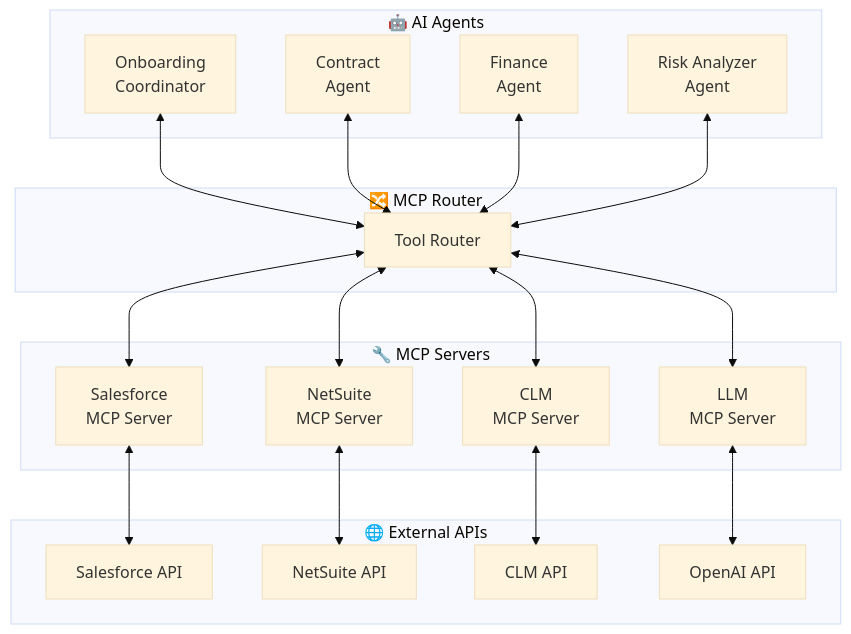
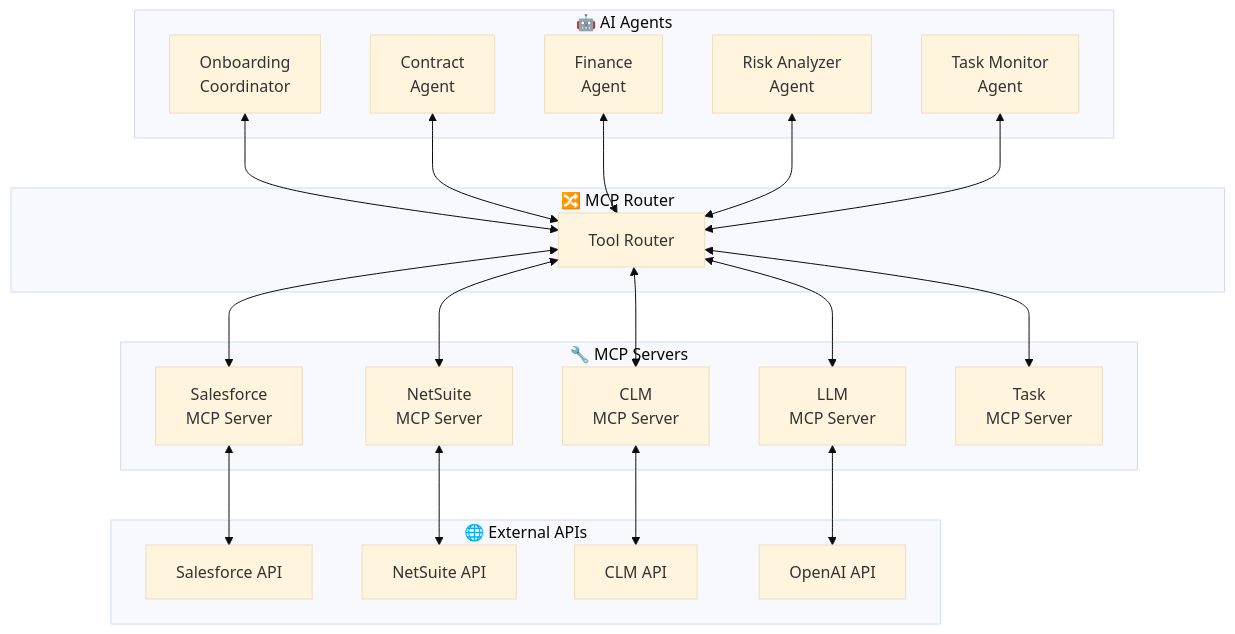
Diagram 15 of 17 in docs/SOLUTION_DESIGN.md (alyab16/Enterprise-Agents-Solutions-Case-Study), drawn with Mermaid (base theme) before and after one commit. The commit also changed other lines of this file and 2 other files, not shown here.

````diff
--- a/docs/SOLUTION_DESIGN.md
+++ b/docs/SOLUTION_DESIGN.md
@@ -447,42 +633,46 @@
 ```mermaid
 flowchart TB
     subgraph Agents["🤖 AI Agents"]
         ONBOARD[Onboarding<br/>Coordinator]
         CONTRACT[Contract<br/>Agent]
         FINANCE[Finance<br/>Agent]
         RISK[Risk Analyzer<br/>Agent]
+        TASK[Task Monitor<br/>Agent]
     end
     
     subgraph MCPRouter["🔀 MCP Router"]
         ROUTER[Tool Router]
     end
     
     subgraph MCPServers["🔧 MCP Servers"]
         SF_MCP[Salesforce<br/>MCP Server]
         NS_MCP[NetSuite<br/>MCP Server]
         CLM_MCP[CLM<br/>MCP Server]
         LLM_MCP[LLM<br/>MCP Server]
+        TASK_MCP[Task<br/>MCP Server]
     end
     
     subgraph APIs["🌐 External APIs"]
         SF_API[Salesforce API]
         NS_API[NetSuite API]
         CLM_API[CLM API]
         OAI_API[OpenAI API]
     end
     
     ONBOARD <--> ROUTER
     CONTRACT <--> ROUTER
     FINANCE <--> ROUTER
     RISK <--> ROUTER
+    TASK <--> ROUTER
     
     ROUTER <--> SF_MCP
     ROUTER <--> NS_MCP
     ROUTER <--> CLM_MCP
     ROUTER <--> LLM_MCP
+    ROUTER <--> TASK_MCP
     
     SF_MCP <--> SF_API
     NS_MCP <--> NS_API
     CLM_MCP <--> CLM_API
     LLM_MCP <--> OAI_API
 ```
````
